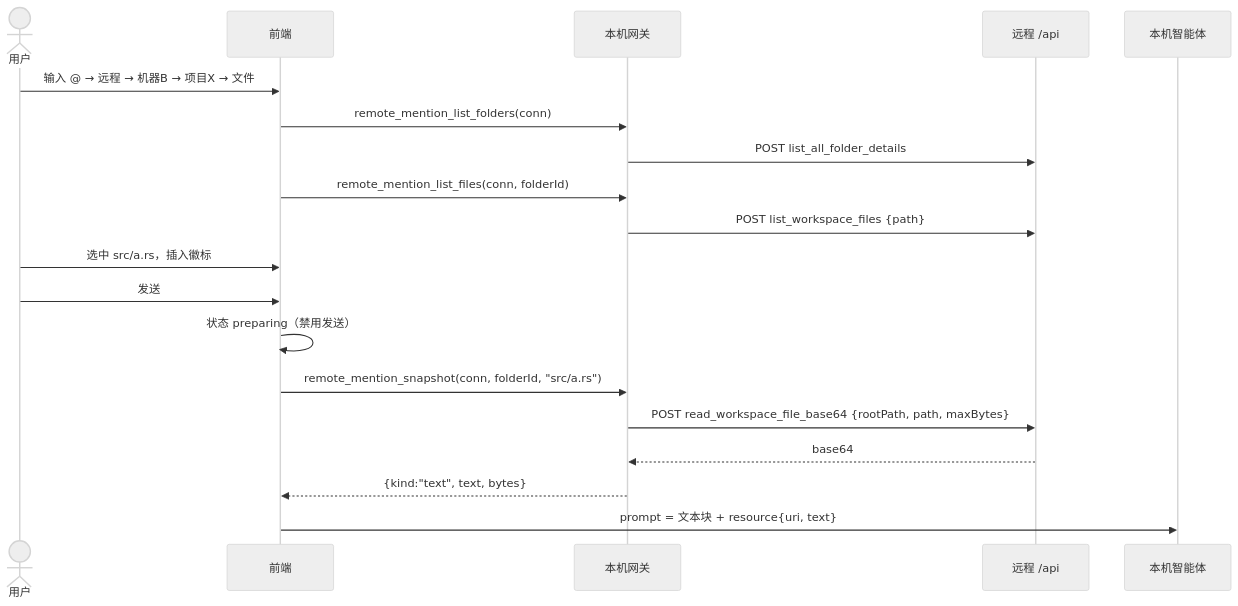
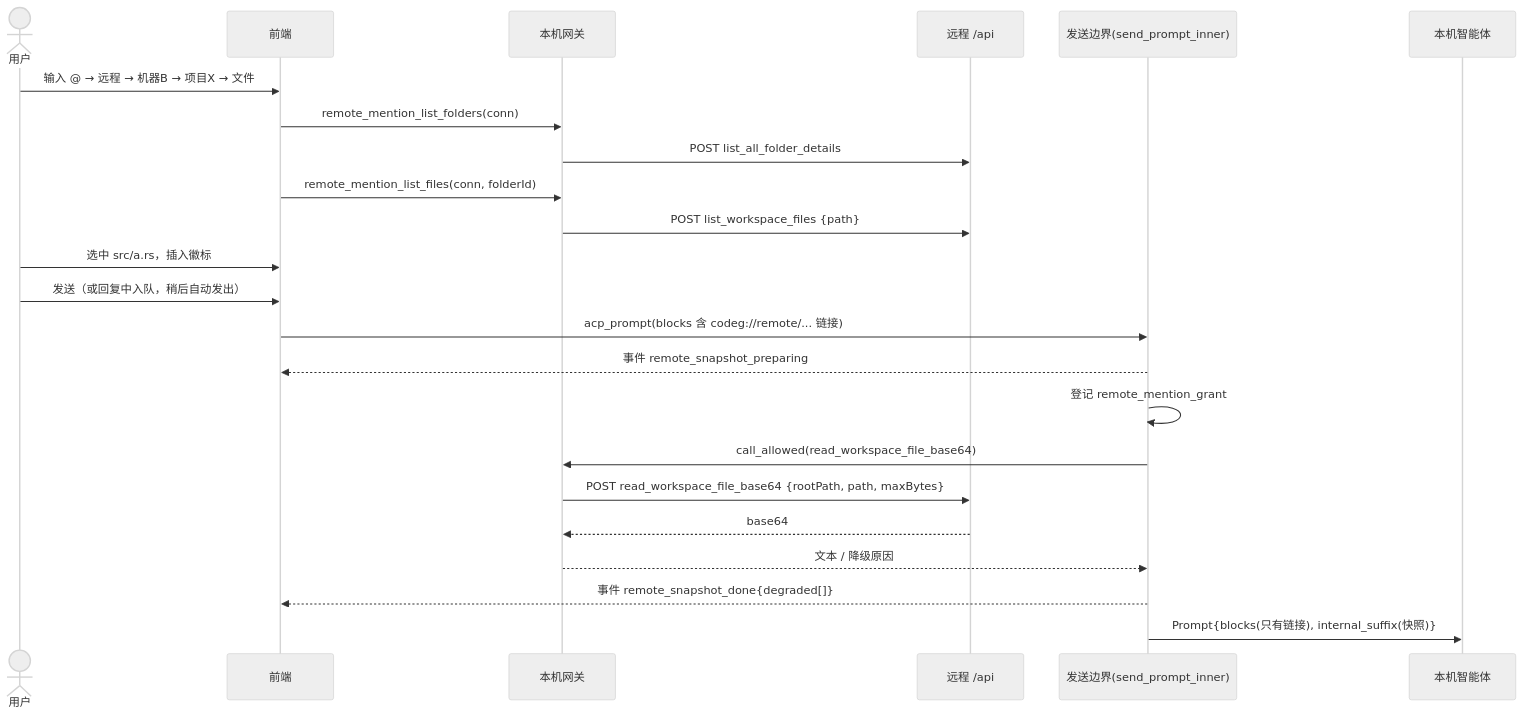
One commit to EvanZheng11/beecode changed the third of 7 diagrams in docs/superpowers/specs/2026-11-11-remote-mention-详细设计说明书.md. Above: the diagram before and after it, drawn with Mermaid (neutral theme). The commit also changed other lines of this file, not shown here.

````diff
--- a/docs/superpowers/specs/2026-11-11-remote-mention-详细设计说明书.md
+++ b/docs/superpowers/specs/2026-11-11-remote-mention-详细设计说明书.md
@@ -493,21 +533,25 @@
 ```mermaid
 sequenceDiagram
   actor U as 用户
   participant FE as 前端
   participant GW as 本机网关
   participant R as 远程 /api
+  participant SN as 发送边界(send_prompt_inner)
   participant AG as 本机智能体
   U->>FE: 输入 @ → 远程 → 机器B → 项目X → 文件
   FE->>GW: remote_mention_list_folders(conn)
   GW->>R: POST list_all_folder_details
   FE->>GW: remote_mention_list_files(conn, folderId)
   GW->>R: POST list_workspace_files {path}
   U->>FE: 选中 src/a.rs，插入徽标
-  U->>FE: 发送
-  FE->>FE: 状态 preparing（禁用发送）
-  FE->>GW: remote_mention_snapshot(conn, folderId, "src/a.rs")
+  U->>FE: 发送（或回复中入队，稍后自动发出）
+  FE->>SN: acp_prompt(blocks 含 codeg://remote/... 链接)
+  SN-->>FE: 事件 remote_snapshot_preparing
+  SN->>SN: 登记 remote_mention_grant
+  SN->>GW: call_allowed(read_workspace_file_base64)
   GW->>R: POST read_workspace_file_base64 {rootPath, path, maxBytes}
   R-->>GW: base64
-  GW-->>FE: {kind:"text", text, bytes}
-  FE->>AG: prompt = 文本块 + resource{uri, text}
+  GW-->>SN: 文本 / 降级原因
+  SN-->>FE: 事件 remote_snapshot_done{degraded[]}
+  SN->>AG: Prompt{blocks(只有链接), internal_suffix(快照)}
 ```
````
